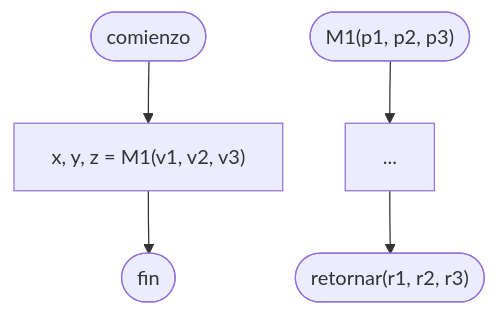
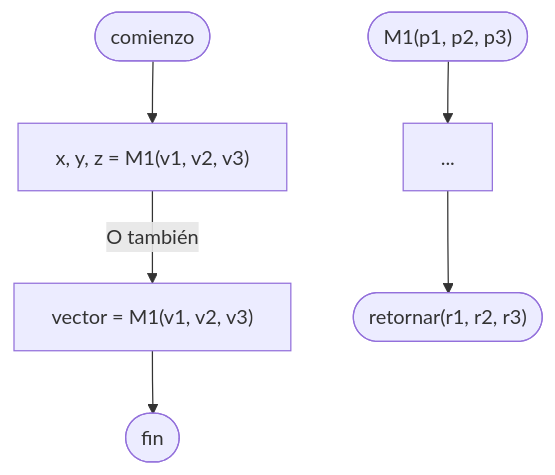
Before and after one commit to martinstanicio/ingenieria-en-sistemas: the diagram in Algoritmos y Estructuras de Datos/Procedimiento.md, drawn with Mermaid. The commit also changed other lines of this file and 11 other files, not shown here.

````diff
--- a/Algoritmos y Estructuras de Datos/Procedimiento.md
+++ b/Algoritmos y Estructuras de Datos/Procedimiento.md
@@ -27,17 +32,18 @@
 ```mermaid
 flowchart TB
     comienzo([comienzo])
         
     M1["x, y, z = M1(v1, v2, v3)"]
+    M1_alt["vector = M1(v1, v2, v3)"]
     
 	fin([fin])
     
 	M1_comienzo(["M1(p1, p2, p3)"])
     
     a["..."]
     
 	M1_retornar(["retornar(r1, r2, r3)"])
     
-	comienzo --> M1 --> fin
+	comienzo --> M1 -- "O también" --> M1_alt --> fin
 	M1_comienzo --> a --> M1_retornar
 ```
````
